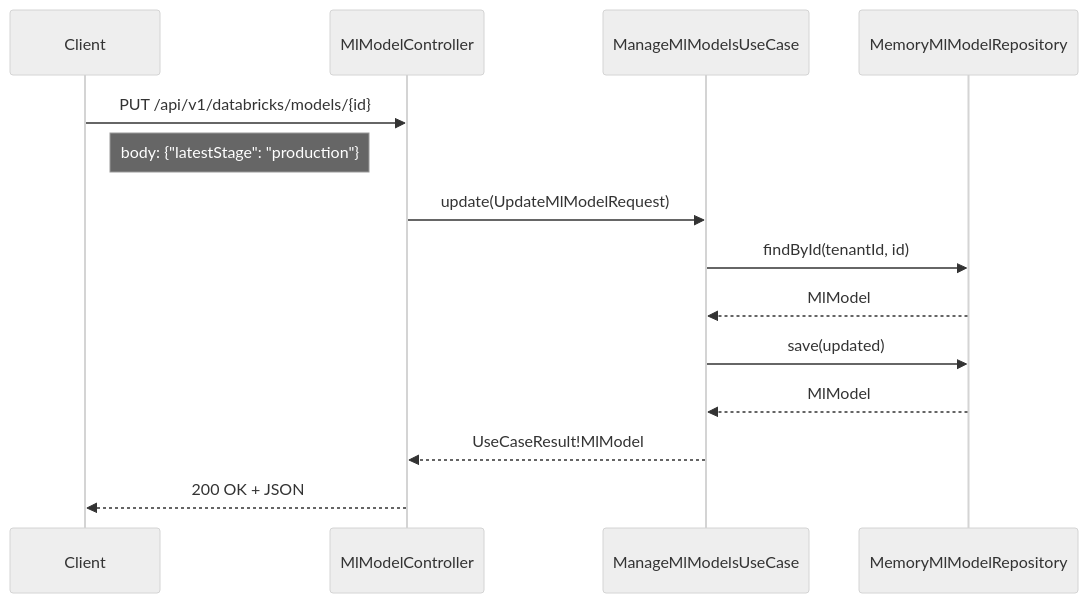
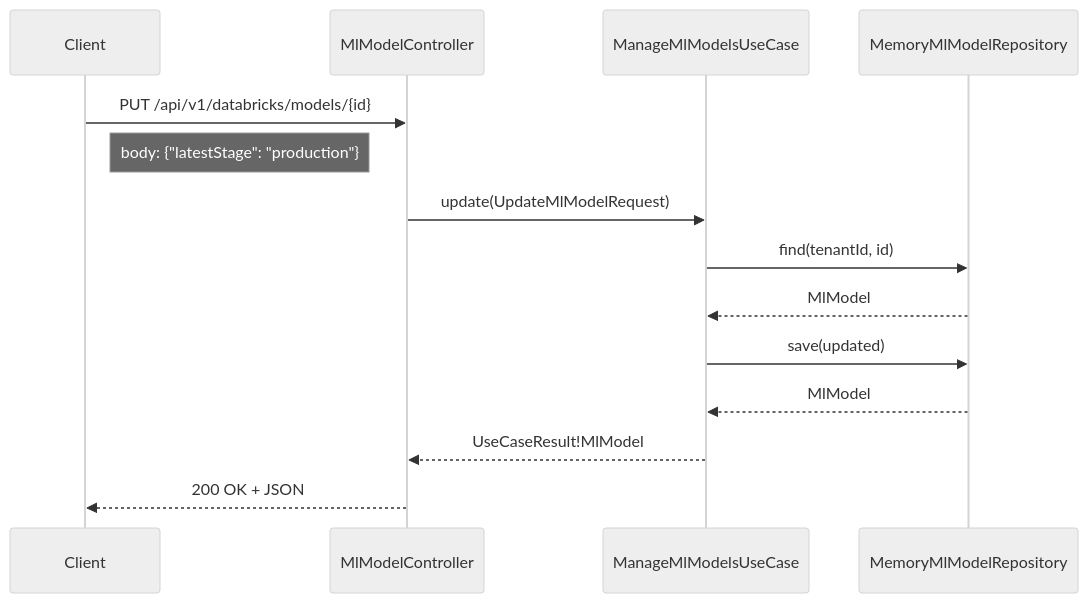
The fourth of 4 diagrams in databricks/UML.md (UIMSolutions/uim-platform), drawn with Mermaid (neutral theme) before and after one commit. The commit also changed 501 other files, not shown here.

````diff
--- a/databricks/UML.md
+++ b/databricks/UML.md
@@ -162,17 +162,17 @@
 ```mermaid
 sequenceDiagram
   participant Client
   participant MlModelController
   participant ManageMlModelsUseCase
   participant MemoryMlModelRepository
 
   Client->>MlModelController: PUT /api/v1/databricks/models/{id}
   Note right of Client: body: {"latestStage": "production"}
   MlModelController->>ManageMlModelsUseCase: update(UpdateMlModelRequest)
-  ManageMlModelsUseCase->>MemoryMlModelRepository: findById(tenantId, id)
+  ManageMlModelsUseCase->>MemoryMlModelRepository: find(tenantId, id)
   MemoryMlModelRepository-->>ManageMlModelsUseCase: MlModel
   ManageMlModelsUseCase->>MemoryMlModelRepository: save(updated)
   MemoryMlModelRepository-->>ManageMlModelsUseCase: MlModel
   ManageMlModelsUseCase-->>MlModelController: UseCaseResult!MlModel
   MlModelController-->>Client: 200 OK + JSON
 ```
````
